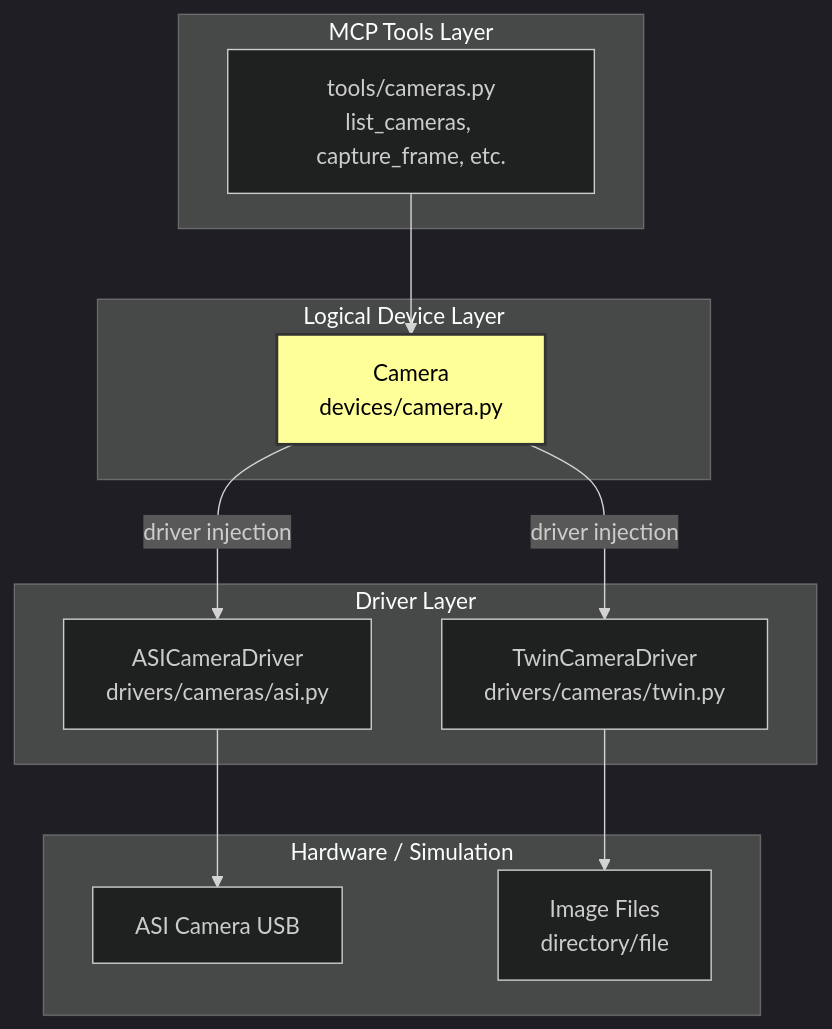
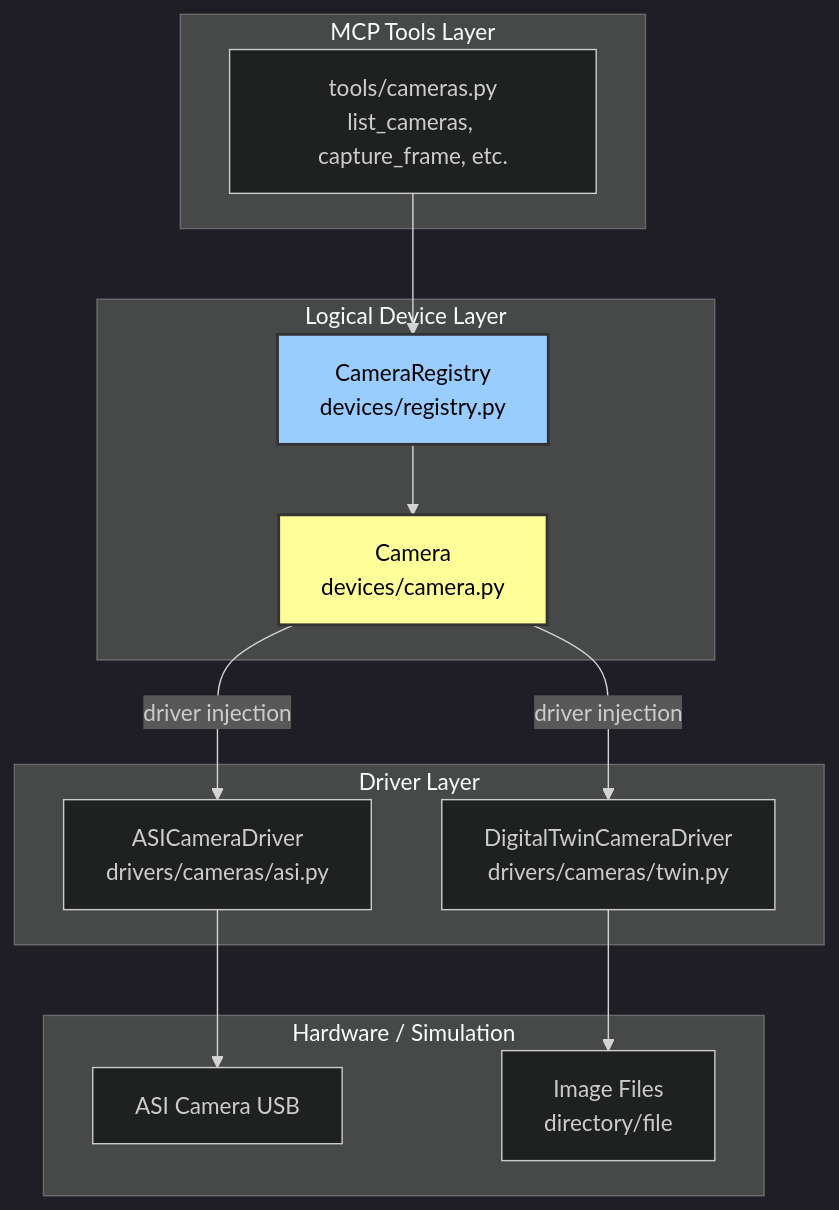
One commit to mgrandau/telescope-mcp changed the second of 8 diagrams in docs/architecture/cameras.md. Above: the diagram before and after it, drawn with Mermaid. The commit also changed other lines of this file and 7 other files, not shown here.

````diff
--- a/docs/architecture/cameras.md
+++ b/docs/architecture/cameras.md
@@ -22,29 +22,32 @@
 ```mermaid
 %%{init: {'theme': 'dark'}}%%
 graph TB
     subgraph "MCP Tools Layer"
         TC[tools/cameras.py<br/>list_cameras, capture_frame, etc.]
     end
 
     subgraph "Logical Device Layer"
+        REG[CameraRegistry<br/>devices/registry.py]
         CAM[Camera<br/>devices/camera.py]
     end
 
     subgraph "Driver Layer"
         ASI[ASICameraDriver<br/>drivers/cameras/asi.py]
-        TWIN[TwinCameraDriver<br/>drivers/cameras/twin.py]
+        TWIN[DigitalTwinCameraDriver<br/>drivers/cameras/twin.py]
     end
 
     subgraph "Hardware / Simulation"
         HW[ASI Camera USB]
         IMG[Image Files<br/>directory/file]
     end
 
-    TC --> CAM
+    TC --> REG
+    REG --> CAM
     CAM -->|driver injection| ASI
     CAM -->|driver injection| TWIN
     ASI --> HW
     TWIN --> IMG
 
+    style REG fill:#9cf,stroke:#333,stroke-width:2px,color:#000
     style CAM fill:#ff9,stroke:#333,stroke-width:2px,color:#000
 ```
````
